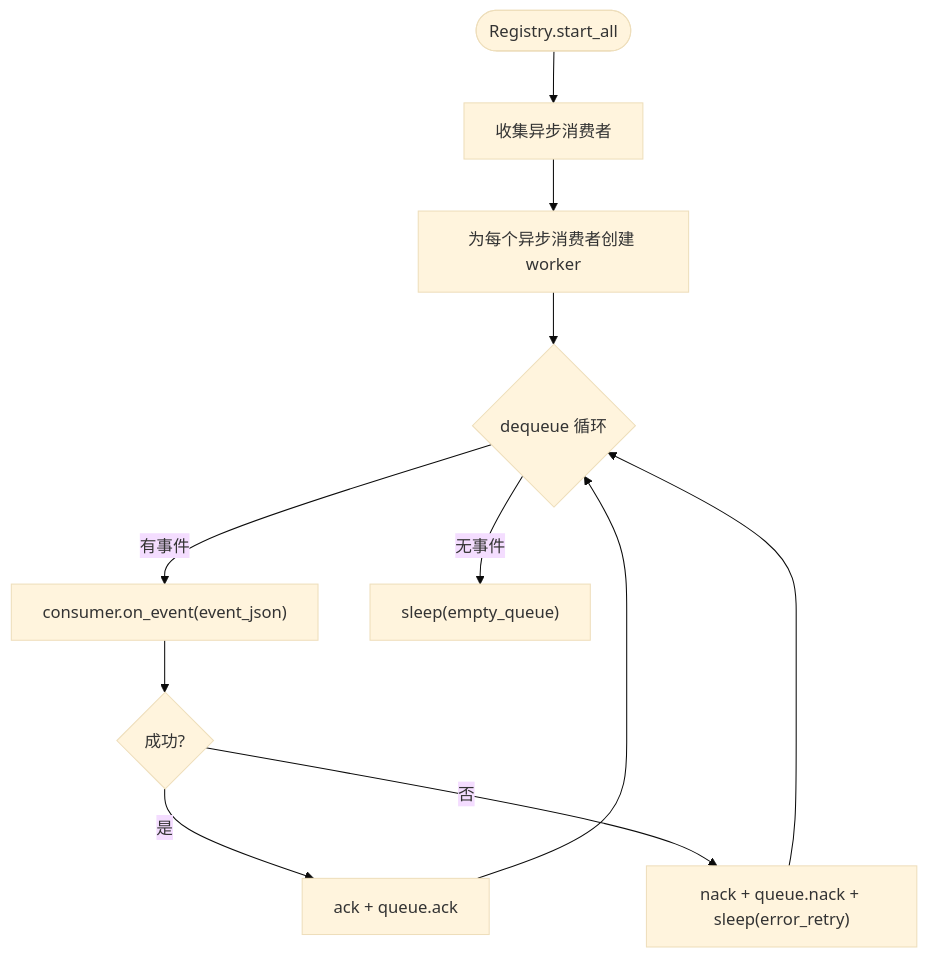
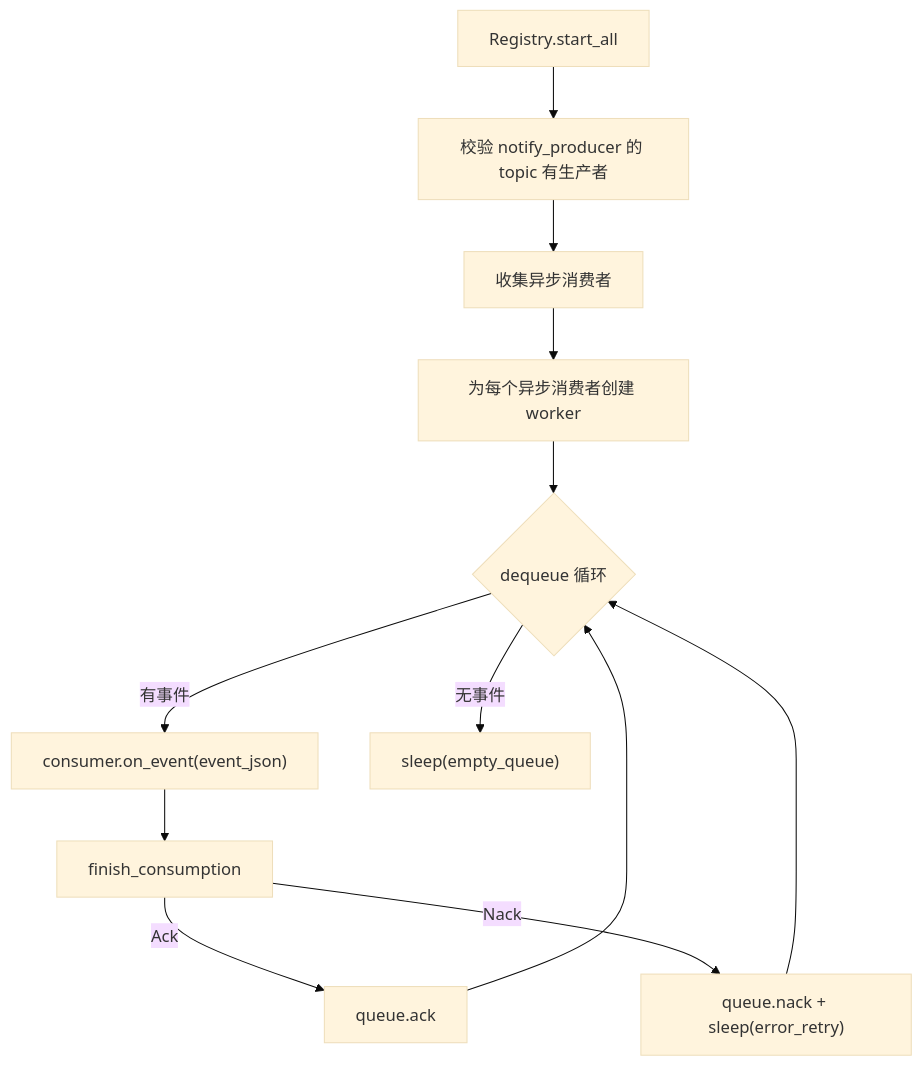
The fourth of 7 diagrams in docs/wiki/zh/content/基础设施/AOP 事件系统/AOP 核心架构/事件系统核心.md (runningcoders/ai_orz), drawn with Mermaid (base theme) before and after one commit. The commit also changed other lines of this file and 37 other files, not shown here.

````diff
--- a/docs/wiki/zh/content/基础设施/AOP 事件系统/AOP 核心架构/事件系统核心.md
+++ b/docs/wiki/zh/content/基础设施/AOP 事件系统/AOP 核心架构/事件系统核心.md
@@ -195,13 +211,14 @@
 ```mermaid
-flowchart TD
-Start(["Registry.start_all"]) --> CollectAsync["收集异步消费者"]
+graph TB
+Start["Registry.start_all"] --> Validate["校验 notify_producer 的 topic 有生产者"]
+Validate --> CollectAsync["收集异步消费者"]
 CollectAsync --> ForEachC["为每个异步消费者创建 worker"]
 ForEachC --> Loop{"dequeue 循环"}
 Loop --> |有事件| Consume["consumer.on_event(event_json)"]
-Consume --> Ok{"成功?"}
-Ok --> |是| Ack["ack + queue.ack"]
-Ok --> |否| Nack["nack + queue.nack + sleep(error_retry)"]
+Consume --> Finish["finish_consumption"]
+Finish --> |Ack| Ack["queue.ack"]
+Finish --> |Nack| Retry["queue.nack + sleep(error_retry)"]
 Loop --> |无事件| Sleep["sleep(empty_queue)"]
-Nack --> Loop
+Retry --> Loop
 Ack --> Loop
 ```
````
